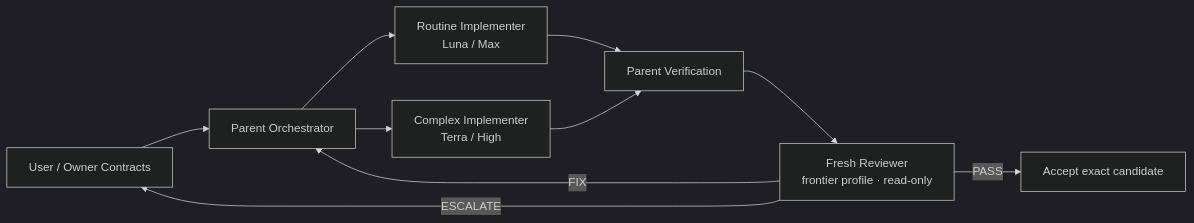
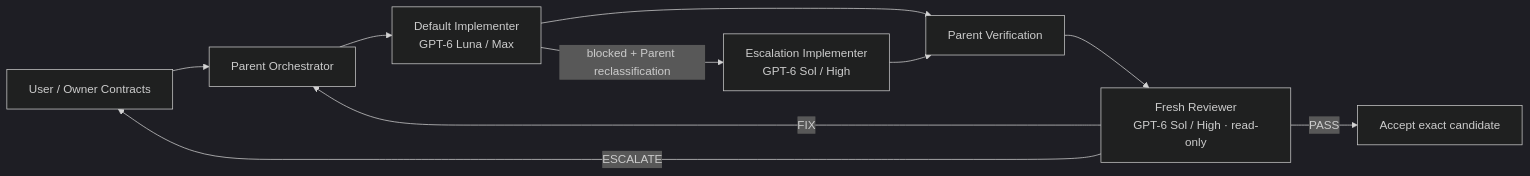
The diagram in README.md (Soph1yzzz/mandatemarshal), drawn with Mermaid (dark theme) before and after one commit. The commit also changed other lines of this file and 39 other files, not shown here.

````diff
--- a/README.md
+++ b/README.md
@@ -85,12 +85,12 @@
 ```mermaid
 flowchart LR
     O["User / Owner Contracts"] --> P["Parent Orchestrator"]
-    P --> R["Routine Implementer<br/>Luna / Max"]
-    P --> C["Complex Implementer<br/>Terra / High"]
+    P --> R["Default Implementer<br/>GPT-6 Luna / Max"]
+    R -->|blocked + Parent reclassification| C["Escalation Implementer<br/>GPT-6 Sol / High"]
     R --> V["Parent Verification"]
     C --> V
-    V --> F["Fresh Reviewer<br/>frontier profile · read-only"]
+    V --> F["Fresh Reviewer<br/>GPT-6 Sol / High · read-only"]
     F -->|PASS| A["Accept exact candidate"]
     F -->|FIX| P
     F -->|ESCALATE| O
 ```
````
